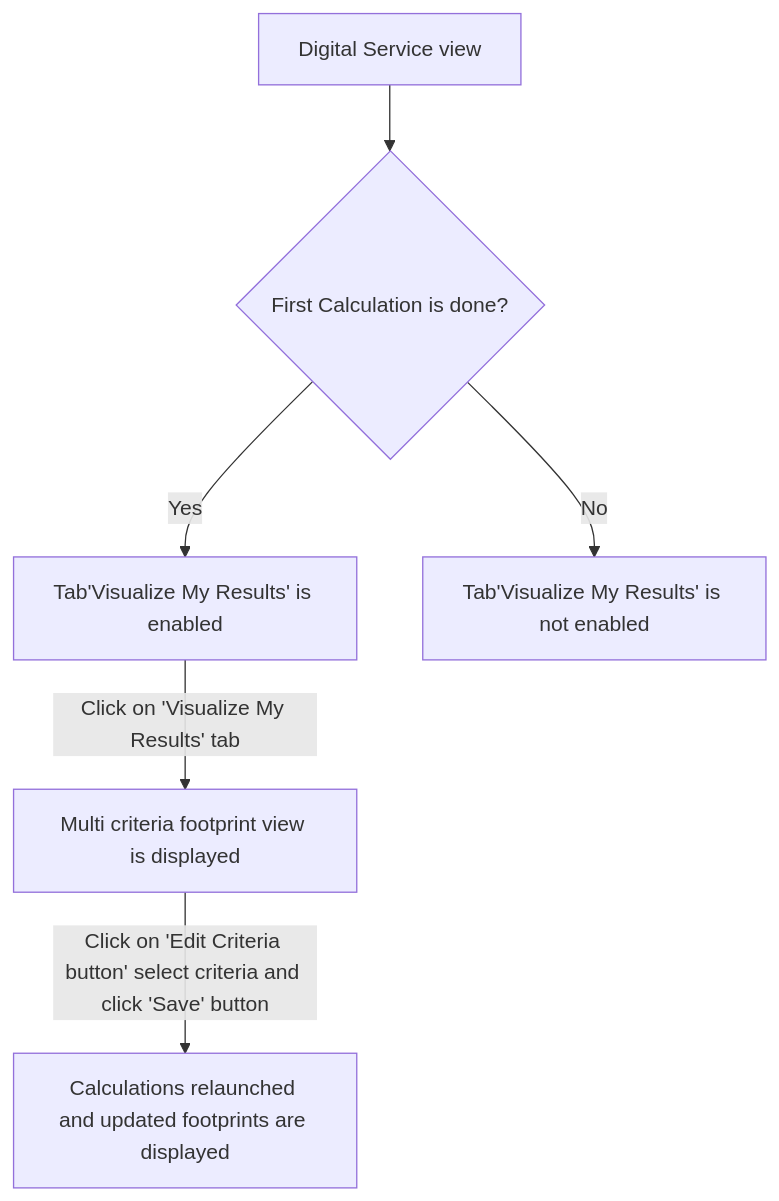
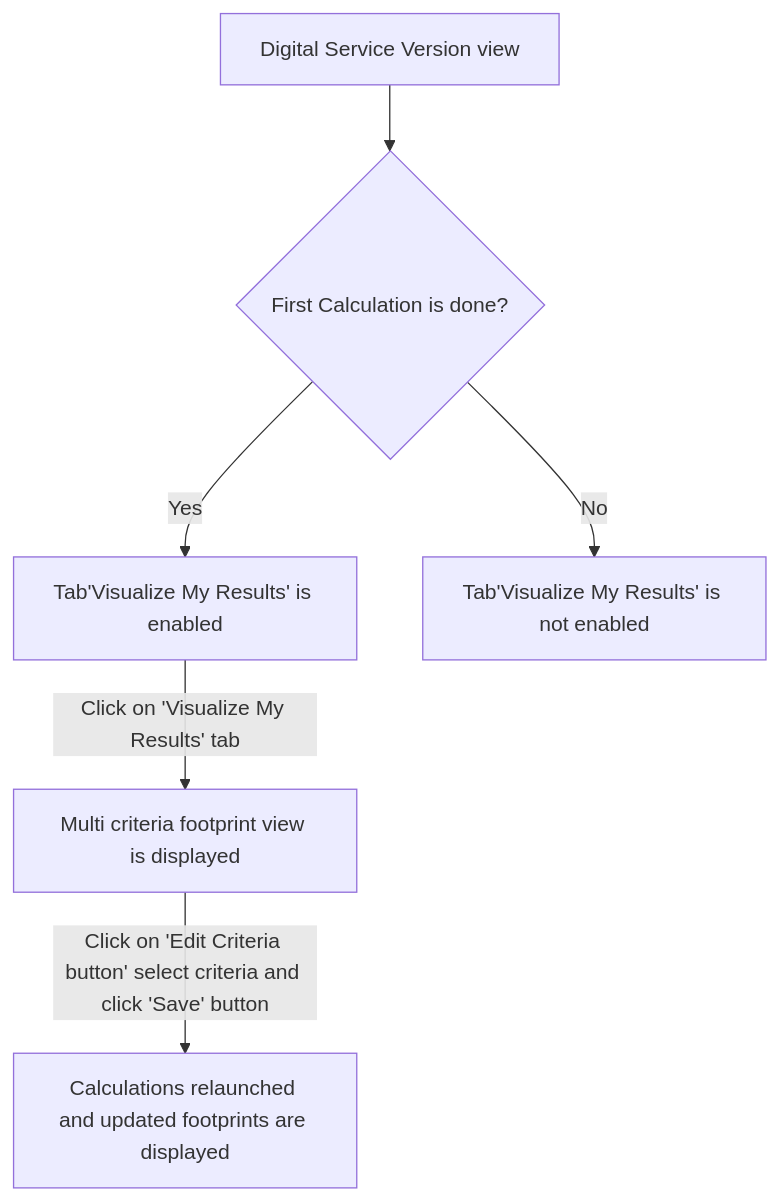
Before and after one commit to teamg4it/g4it: the second of 3 diagrams in services/documentation/content/2-functional-documentation/use_cases/uc_digital_services/uc4_launch_estimation.md, drawn with Mermaid. The commit also changed other lines of this file and 34 other files, not shown here.

```diff
--- a/services/documentation/content/2-functional-documentation/use_cases/uc_digital_services/uc4_launch_estimation.md
+++ b/services/documentation/content/2-functional-documentation/use_cases/uc_digital_services/uc4_launch_estimation.md
@@ -48,7 +48,7 @@
 {{< mermaid align="center">}}
 graph TD;
-Step1[Digital Service view] --> Decision1{First Calculation is done?}
+Step1[Digital Service Version view] --> Decision1{First Calculation is done?}
 Decision1-->|Yes|Step2[Tab'Visualize My Results' is enabled]
 Decision1-->|No|Step3[Tab'Visualize My Results' is not enabled]
 Step2-->|Click on 'Visualize My Results' tab|Step4[Multi criteria footprint view is displayed]-->|Click on 'Edit Criteria button' select criteria and click 'Save' button|Step5[Calculations relaunched and updated footprints are displayed]
 {{< /mermaid >}}
```
